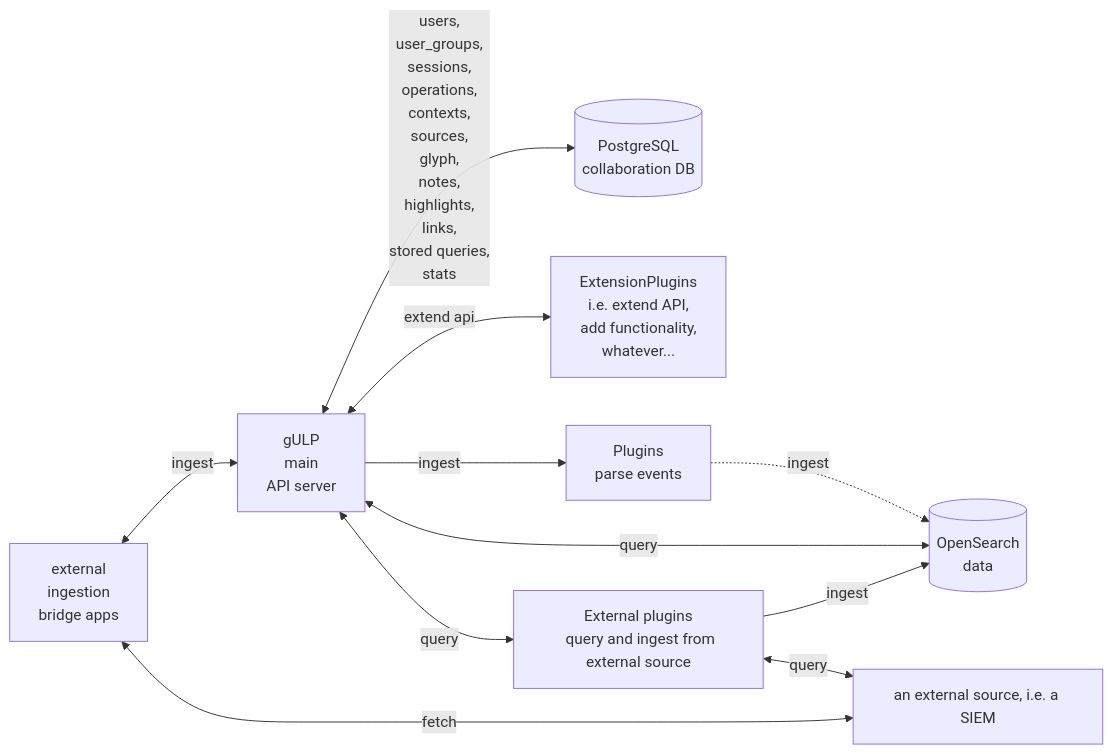
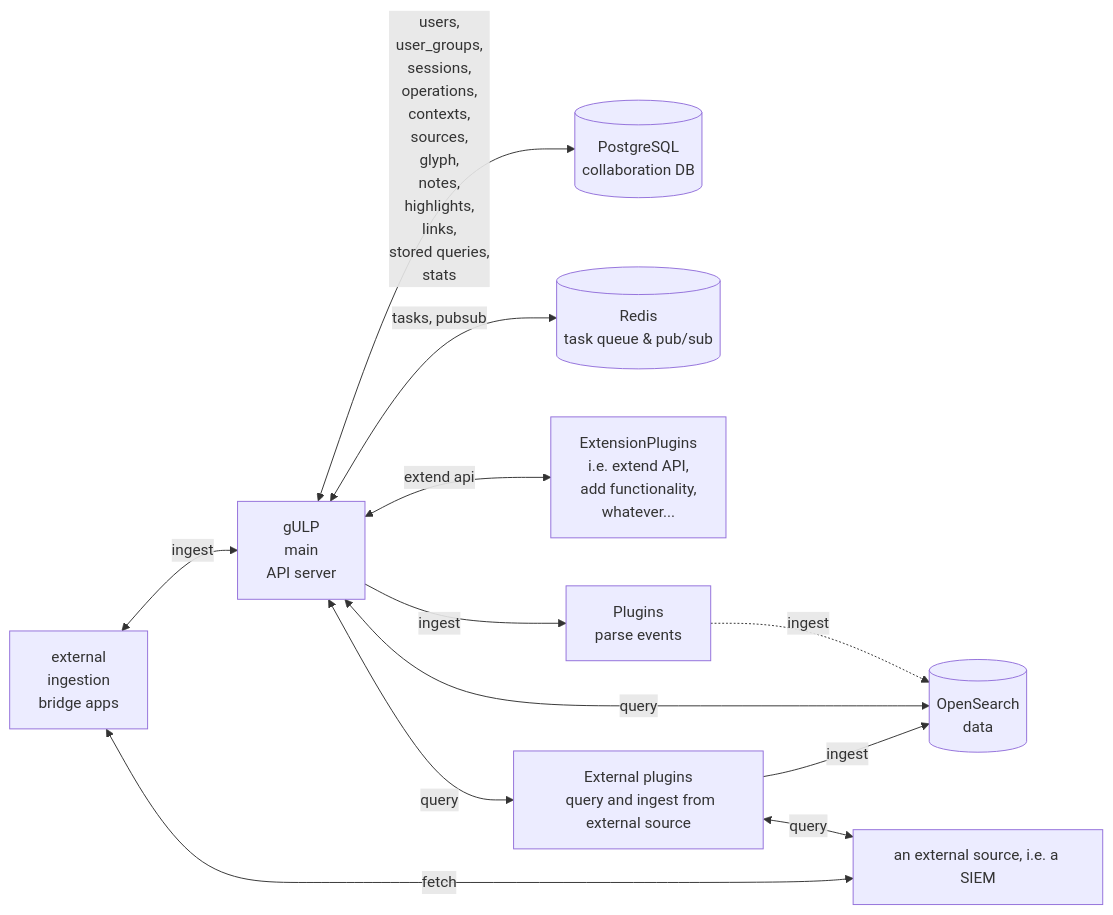
One commit to mentat-is/gulp changed the first of 7 diagrams in docs/architecture.md. Above: the diagram before and after it, drawn with Mermaid. The commit also changed other lines of this file and 5 other files, not shown here.

Commit message:
ingestion task queue moved from collab to redis

````diff
--- a/docs/architecture.md
+++ b/docs/architecture.md
@@ -14,53 +14,56 @@
 ```mermaid
 flowchart LR
 gulp[gULP
   main
   API server]
 
 bridges[external 
 ingestion
   bridge apps]
 
 collab[(PostgreSQL
   collaboration DB)]
+redis[(Redis
+  task queue & pub/sub)]
 
 extension_plugin[ExtensionPlugins
   i.e. extend API,
     add functionality,
     whatever...]
 
 plugin[Plugins
   parse events]
 
 external_plugin[External plugins
   query and ingest from external source]
 
 external_source[an external source, i.e. a SIEM]
 
 opensearch[(OpenSearch
   data)]
 
 gulp <-->|users,
   user_groups,
   sessions,
   operations,
   contexts,
   sources,
   glyph,
   notes,
   highlights,
   links,
   stored queries,
   stats
   | collab
+gulp <-->|tasks, pubsub| redis
 
 bridges<-->|ingest| gulp
 gulp <-->|extend api| extension_plugin
 gulp -->|ingest| plugin
 plugin-.ingest.->opensearch
 gulp<--query-->opensearch
 gulp<-->|query|external_plugin<-->|query|external_source
 external_plugin-->|ingest|opensearch
 bridges<-->|fetch| external_source
 
 ```
````
